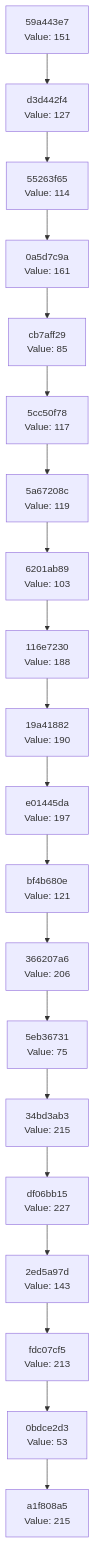
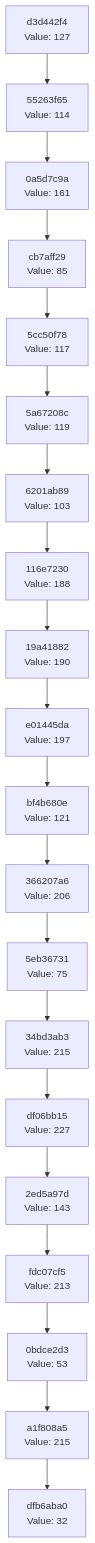
One commit to Abhisheksinha1506/hash-chain-evolver changed the diagram in docs/CHAIN_VISUALIZATION.md. Above: the diagram before and after it, drawn with Mermaid. The commit also changed 3 other files, not shown here.

````diff
--- a/docs/CHAIN_VISUALIZATION.md
+++ b/docs/CHAIN_VISUALIZATION.md
@@ -3,42 +3,42 @@
 ```mermaid
 graph TD
-    C0["a1f808a5<br/>Value: 215"]
-    C1["0bdce2d3<br/>Value: 53"]
+    C0["dfb6aba0<br/>Value: 32"]
+    C1["a1f808a5<br/>Value: 215"]
     C1 --> C0
-    C2["fdc07cf5<br/>Value: 213"]
+    C2["0bdce2d3<br/>Value: 53"]
     C2 --> C1
-    C3["2ed5a97d<br/>Value: 143"]
+    C3["fdc07cf5<br/>Value: 213"]
     C3 --> C2
-    C4["df06bb15<br/>Value: 227"]
+    C4["2ed5a97d<br/>Value: 143"]
     C4 --> C3
-    C5["34bd3ab3<br/>Value: 215"]
+    C5["df06bb15<br/>Value: 227"]
     C5 --> C4
-    C6["5eb36731<br/>Value: 75"]
+    C6["34bd3ab3<br/>Value: 215"]
     C6 --> C5
-    C7["366207a6<br/>Value: 206"]
+    C7["5eb36731<br/>Value: 75"]
     C7 --> C6
-    C8["bf4b680e<br/>Value: 121"]
+    C8["366207a6<br/>Value: 206"]
     C8 --> C7
-    C9["e01445da<br/>Value: 197"]
+    C9["bf4b680e<br/>Value: 121"]
     C9 --> C8
-    C10["19a41882<br/>Value: 190"]
+    C10["e01445da<br/>Value: 197"]
     C10 --> C9
-    C11["116e7230<br/>Value: 188"]
+    C11["19a41882<br/>Value: 190"]
     C11 --> C10
-    C12["6201ab89<br/>Value: 103"]
+    C12["116e7230<br/>Value: 188"]
     C12 --> C11
-    C13["5a67208c<br/>Value: 119"]
+    C13["6201ab89<br/>Value: 103"]
     C13 --> C12
-    C14["5cc50f78<br/>Value: 117"]
+    C14["5a67208c<br/>Value: 119"]
     C14 --> C13
-    C15["cb7aff29<br/>Value: 85"]
+    C15["5cc50f78<br/>Value: 117"]
     C15 --> C14
-    C16["0a5d7c9a<br/>Value: 161"]
+    C16["cb7aff29<br/>Value: 85"]
     C16 --> C15
-    C17["55263f65<br/>Value: 114"]
+    C17["0a5d7c9a<br/>Value: 161"]
     C17 --> C16
-    C18["d3d442f4<br/>Value: 127"]
+    C18["55263f65<br/>Value: 114"]
     C18 --> C17
-    C19["59a443e7<br/>Value: 151"]
+    C19["d3d442f4<br/>Value: 127"]
     C19 --> C18
 ```
````
